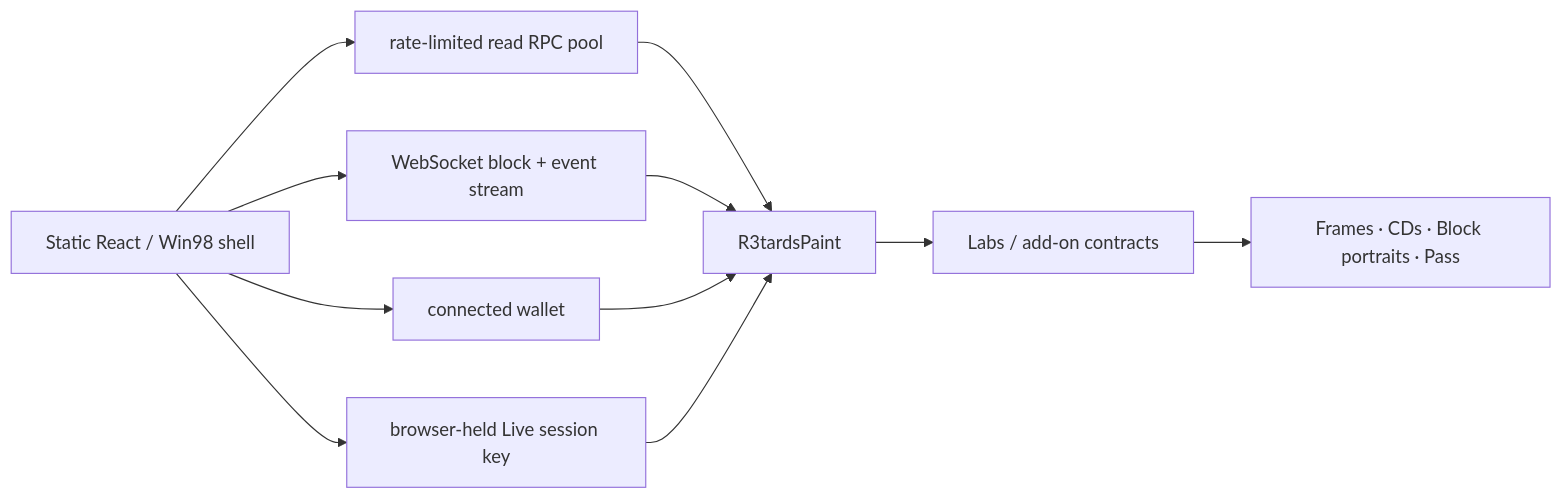
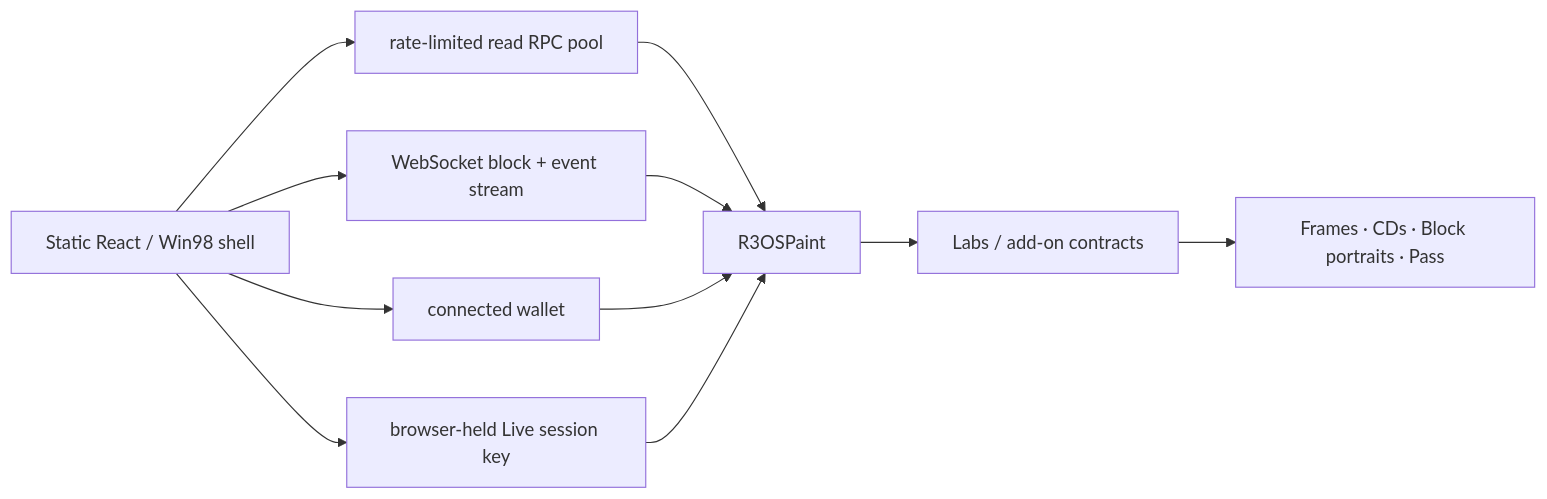
Before and after one commit to dreiki-nft/r3OS: the diagram in README.md, drawn with Mermaid. The commit also changed other lines of this file and 146 other files, not shown here.

````diff
--- a/README.md
+++ b/README.md
@@ -93,13 +108,13 @@
 ```mermaid
 flowchart LR
   UI["Static React / Win98 shell"] --> READ["rate-limited read RPC pool"]
   UI --> WS["WebSocket block + event stream"]
   UI --> WALLET["connected wallet"]
   UI --> LIVE["browser-held Live session key"]
-  READ --> PAINT["R3tardsPaint"]
+  READ --> PAINT["R3OSPaint"]
   WS --> PAINT
   WALLET --> PAINT
   LIVE --> PAINT
   PAINT --> LABS["Labs / add-on contracts"]
   LABS --> NFT["Frames · CDs · Block portraits · Pass"]
 ```
````
